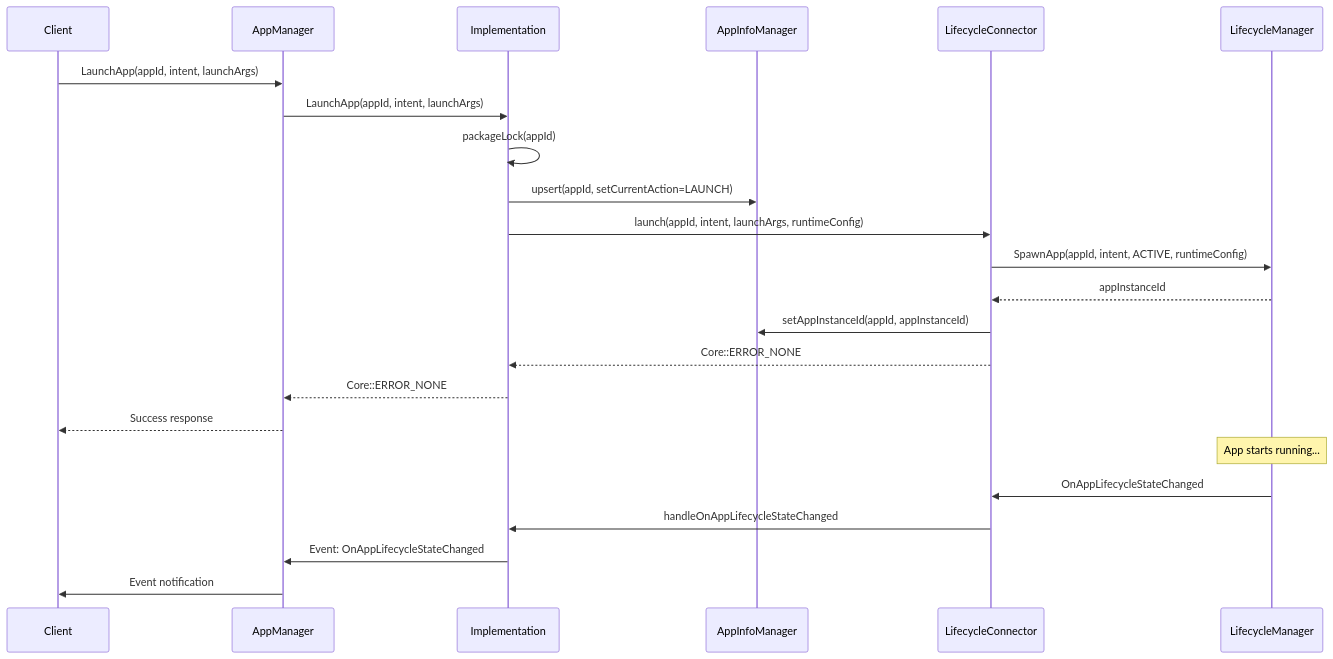
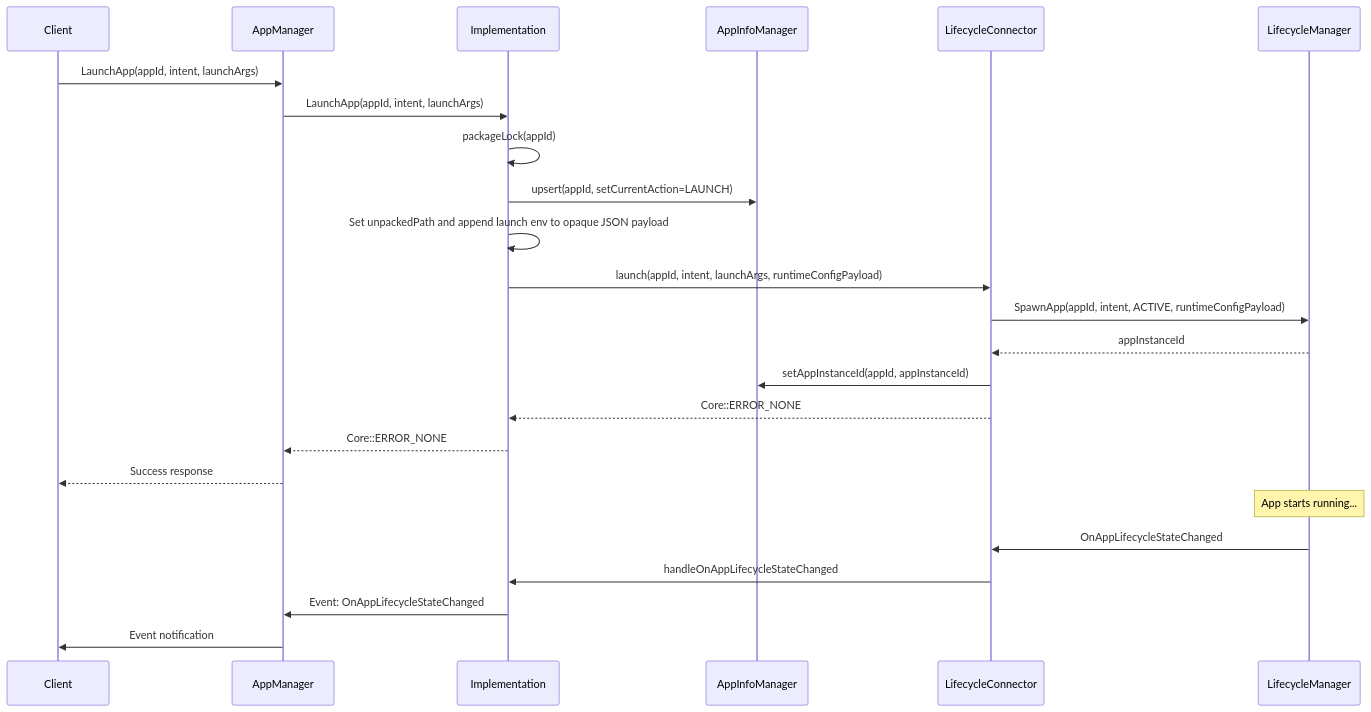
One commit to rdkcentral/entservices-appmanagers changed the fourth of 8 diagrams in AppManager/AppManager.md. Above: the diagram before and after it, drawn with Mermaid. The commit also changed other lines of this file and 77 other files, not shown here.

Commit message:
RDKEMW-24163: Refactor AppManager runtime config into a mutable blob

````diff
--- a/AppManager/AppManager.md
+++ b/AppManager/AppManager.md
@@ -387,28 +389,29 @@
 ```mermaid
 sequenceDiagram
     participant Client
     participant Shell as AppManager
     participant Impl as Implementation
     participant AIM as AppInfoManager
     participant LIC as LifecycleConnector
     participant LCM as LifecycleManager
 
     Client->>Shell: LaunchApp(appId, intent, launchArgs)
     Shell->>Impl: LaunchApp(appId, intent, launchArgs)
     Impl->>Impl: packageLock(appId)
     Impl->>AIM: upsert(appId, setCurrentAction=LAUNCH)
-    Impl->>LIC: launch(appId, intent, launchArgs, runtimeConfig)
-    LIC->>LCM: SpawnApp(appId, intent, ACTIVE, runtimeConfig)
+    Impl->>Impl: Set unpackedPath and append launch env to opaque JSON payload
+    Impl->>LIC: launch(appId, intent, launchArgs, runtimeConfigPayload)
+    LIC->>LCM: SpawnApp(appId, intent, ACTIVE, runtimeConfigPayload)
     LCM-->>LIC: appInstanceId
     LIC->>AIM: setAppInstanceId(appId, appInstanceId)
     LIC-->>Impl: Core::ERROR_NONE
     Impl-->>Shell: Core::ERROR_NONE
     Shell-->>Client: Success response
     
     Note over LCM: App starts running...
     
     LCM->>LIC: OnAppLifecycleStateChanged
     LIC->>Impl: handleOnAppLifecycleStateChanged
     Impl->>Shell: Event: OnAppLifecycleStateChanged
     Shell->>Client: Event notification
 ```
````
